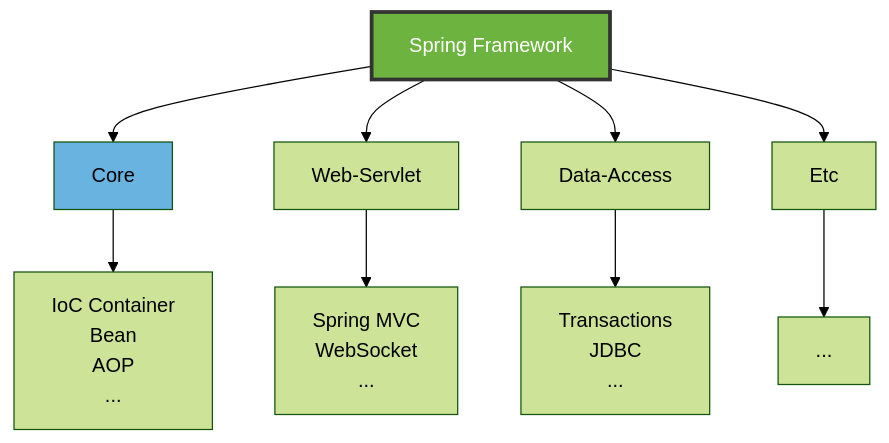
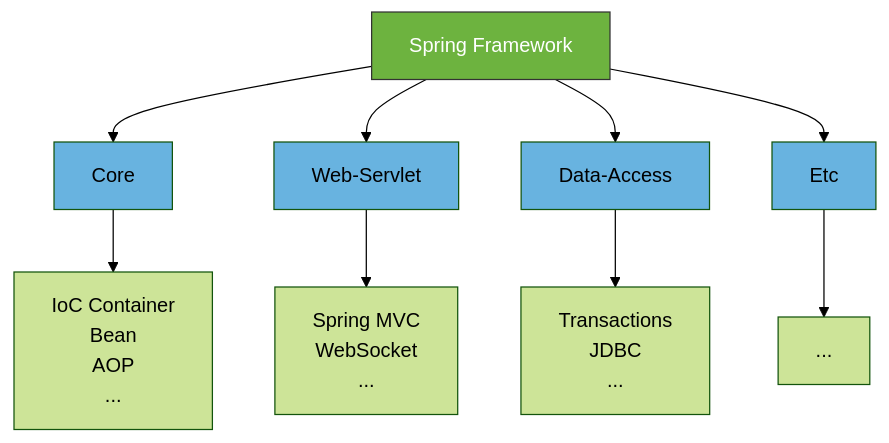
One commit to Son-Hunseo/blog changed the diagram in docs/dev/spring/index.mdx. Above: the diagram before and after it, drawn with Mermaid (forest theme).

Commit message:
[chore] Spring 분류 페이지 스타일 변경

````diff
--- a/docs/dev/spring/index.mdx
+++ b/docs/dev/spring/index.mdx
@@ -12,20 +12,23 @@
 ```mermaid
 graph TD
     Spring[Spring Framework]
 
     Spring --> Core
     Spring --> Web-Servlet
     Spring --> Data-Access
     Spring --> Etc
 
     Core --> CoreItems[IoC Container<br/>Bean<br/>AOP<br/>...]
 
     Web-Servlet --> Web-ServletItems[Spring MVC<br/>WebSocket<br/>...]
 
     Data-Access --> DataItems[Transactions<br/>JDBC<br/>...]
 
     Etc --> EtcItems[...]
 
-    style Spring fill:#6db33f,stroke:#333,stroke-width:3px,color:#fff
+    style Spring fill:#6db33f,stroke:#333,stroke-width:1px,color:#fff
     style Core fill:#68b3e0,str
+    style Web-Servlet fill:#68b3e0,str
+    style Data-Access fill:#68b3e0,str
+    style Etc fill:#68b3e0,str
 ```
````
